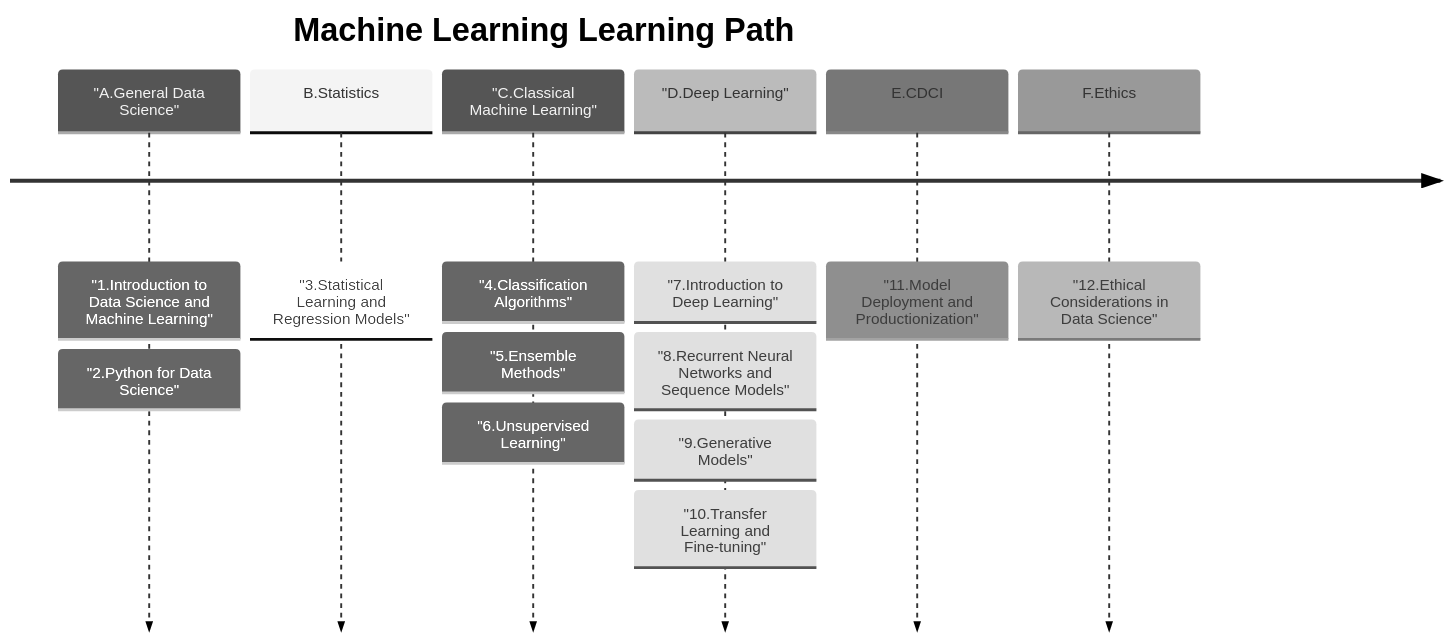
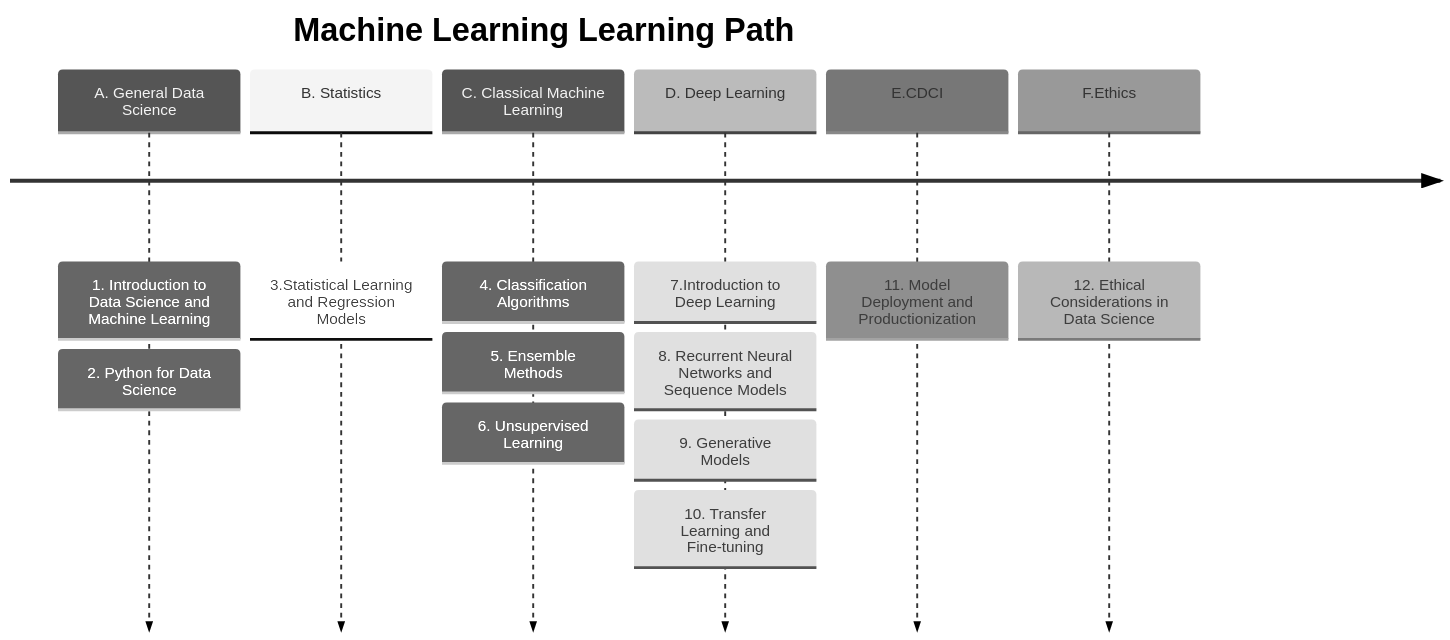
The second of 5 diagrams in docs/mlpaths.md (ua-datalab/ua-datalab.github.io), drawn with Mermaid (neutral theme) before and after one commit.

````diff
--- a/docs/mlpaths.md
+++ b/docs/mlpaths.md
@@ -27,17 +27,17 @@
 ```mermaid
 timeline
     title Machine Learning Learning Path
-    "A.General Data Science" : "1.Introduction to Data Science and Machine Learning"
-    	    	 	     : "2.Python for Data Science"
-    B.Statistics : "3.Statistical Learning and Regression Models"
-    "C.Classical Machine Learning" : "4.Classification Algorithms"
-				 : "5.Ensemble Methods"
-				 : "6.Unsupervised Learning"
-    "D.Deep Learning" : "7.Introduction to Deep Learning"
-    	   	    : "8.Recurrent Neural Networks and Sequence Models"
-		    : "9.Generative Models"
-		    : "10.Transfer Learning and Fine-tuning"
-    E.CDCI : "11.Model Deployment and Productionization"
-    F.Ethics : "12.Ethical Considerations in Data Science"
+    A. General Data Science : 1. Introduction to Data Science and Machine Learning
+    	    	 	     : 2. Python for Data Science
+    B. Statistics : 3.Statistical Learning and Regression Models
+    C. Classical Machine Learning : 4. Classification Algorithms
+				 : 5. Ensemble Methods
+				 : 6. Unsupervised Learning
+    D. Deep Learning : 7.Introduction to Deep Learning
+    	   	    : 8. Recurrent Neural Networks and Sequence Models
+		    : 9. Generative Models
+		    : 10. Transfer Learning and Fine-tuning
+    E.CDCI : 11. Model Deployment and Productionization
+    F.Ethics : 12. Ethical Considerations in Data Science
 
 ```
````
